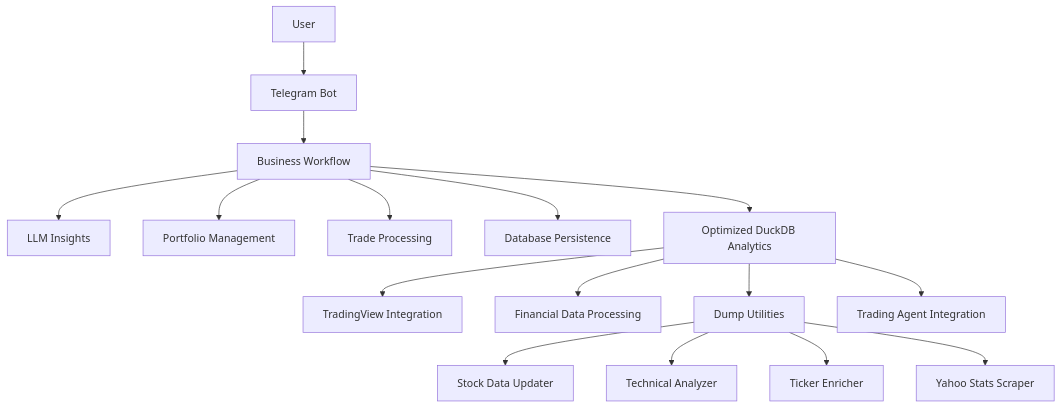
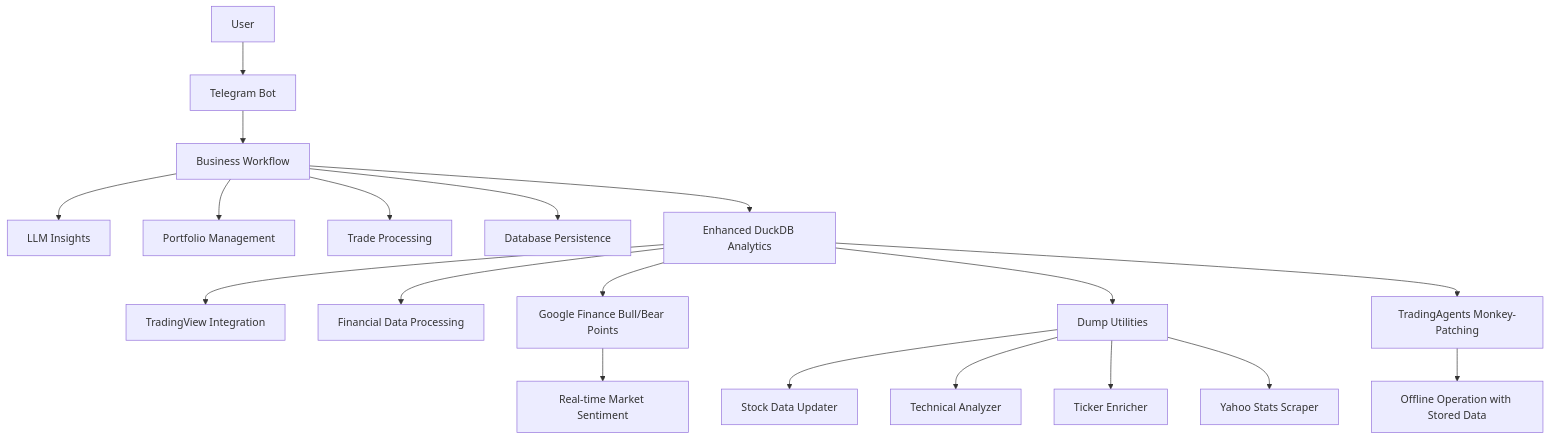
Diagram 12 of 13 in .qoder/repowiki/en/content/Core Components/Analysis Framework.md (ZengSeng/telegram-bot), drawn with Mermaid before and after one commit. The commit also changed other lines of this file and 22 other files, not shown here.

````diff
--- a/.qoder/repowiki/en/content/Core Components/Analysis Framework.md
+++ b/.qoder/repowiki/en/content/Core Components/Analysis Framework.md
@@ -525,18 +598,21 @@
 ```mermaid
 graph TB
 User["User"] --> Telegram["Telegram Bot"]
 Telegram --> Workflow["Business Workflow"]
 Workflow --> AI["LLM Insights"]
 Workflow --> Portfolio["Portfolio Management"]
 Workflow --> Trades["Trade Processing"]
 Workflow --> Storage["Database Persistence"]
-Workflow --> OptimizedAnalytics["Optimized DuckDB Analytics"]
-OptimizedAnalytics --> TradingView["TradingView Integration"]
-OptimizedAnalytics --> FinancialData["Financial Data Processing"]
-OptimizedAnalytics --> DumpUtilities["Dump Utilities"]
-OptimizedAnalytics --> TradingAgent["Trading Agent Integration"]
+Workflow --> EnhancedAnalytics["Enhanced DuckDB Analytics"]
+EnhancedAnalytics --> TradingView["TradingView Integration"]
+EnhancedAnalytics --> FinancialData["Financial Data Processing"]
+EnhancedAnalytics --> GoogleFinance["Google Finance Bull/Bear Points"]
+EnhancedAnalytics --> DumpUtilities["Dump Utilities"]
+EnhancedAnalytics --> TradingAgents["TradingAgents Monkey-Patching"]
+TradingAgents --> OfflineOperation["Offline Operation with Stored Data"]
+GoogleFinance --> MarketSentiment["Real-time Market Sentiment"]
 DumpUtilities --> StockDataUpdater["Stock Data Updater"]
 DumpUtilities --> TechnicalAnalyzer["Technical Analyzer"]
 DumpUtilities --> TickerEnricher["Ticker Enricher"]
 DumpUtilities --> YahooScraper["Yahoo Stats Scraper"]
 ```
````
